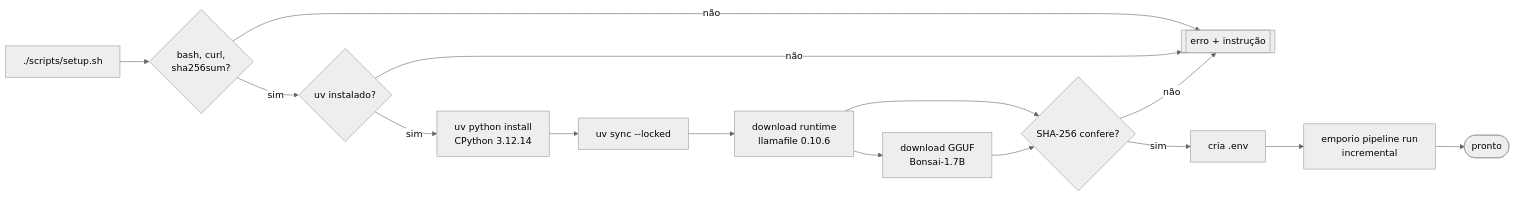
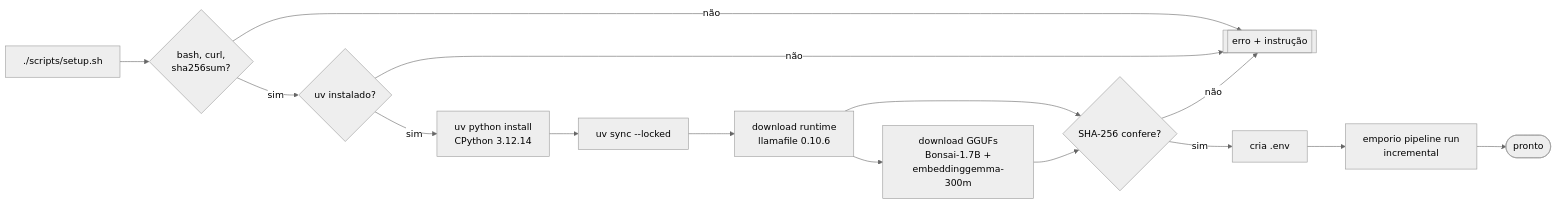
Before and after one commit to RonildoSilva/ai-engineer-challenge: the fifth of 12 diagrams in README.md, drawn with Mermaid (neutral theme). The commit also changed other lines of this file and 9 other files, not shown here.

````diff
--- a/README.md
+++ b/README.md
@@ -161,16 +162,16 @@
 ```mermaid
 flowchart LR
     A[./scripts/setup.sh] --> B{bash, curl,<br/>sha256sum?}
     B -->|não| X[[erro + instrução]]
     B -->|sim| C{uv instalado?}
     C -->|não| X
     C -->|sim| D[uv python install<br/>CPython 3.12.14]
     D --> E[uv sync --locked]
     E --> F[download runtime<br/>llamafile 0.10.6]
-    F --> G[download GGUF<br/>Bonsai-1.7B]
+    F --> G[download GGUFs<br/>Bonsai-1.7B +<br/>embeddinggemma-300m]
     F & G --> H{SHA-256 confere?}
     H -->|não| X
     H -->|sim| I[cria .env]
     I --> P[emporio pipeline run<br/>incremental]
     P --> J([pronto])
 ```
````
